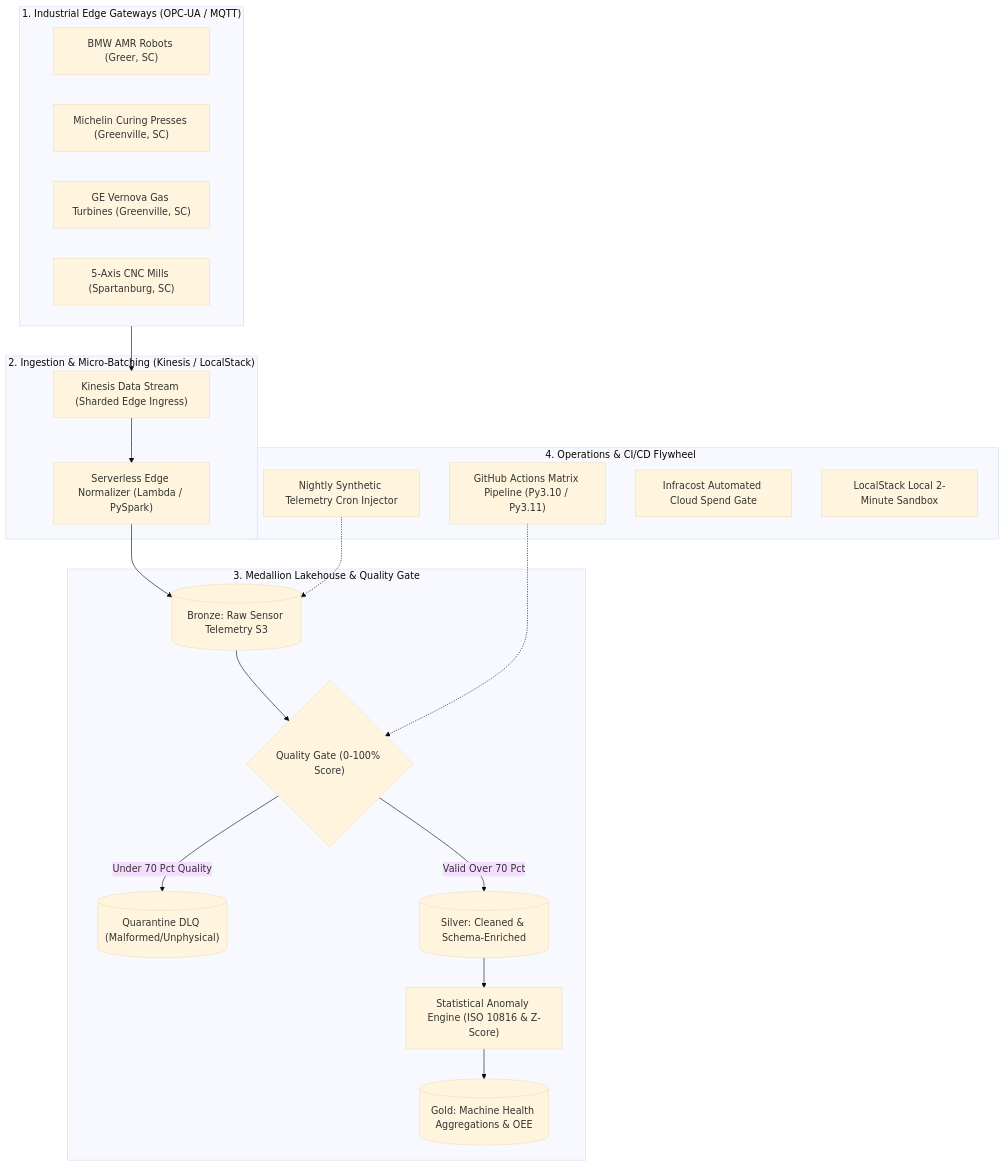
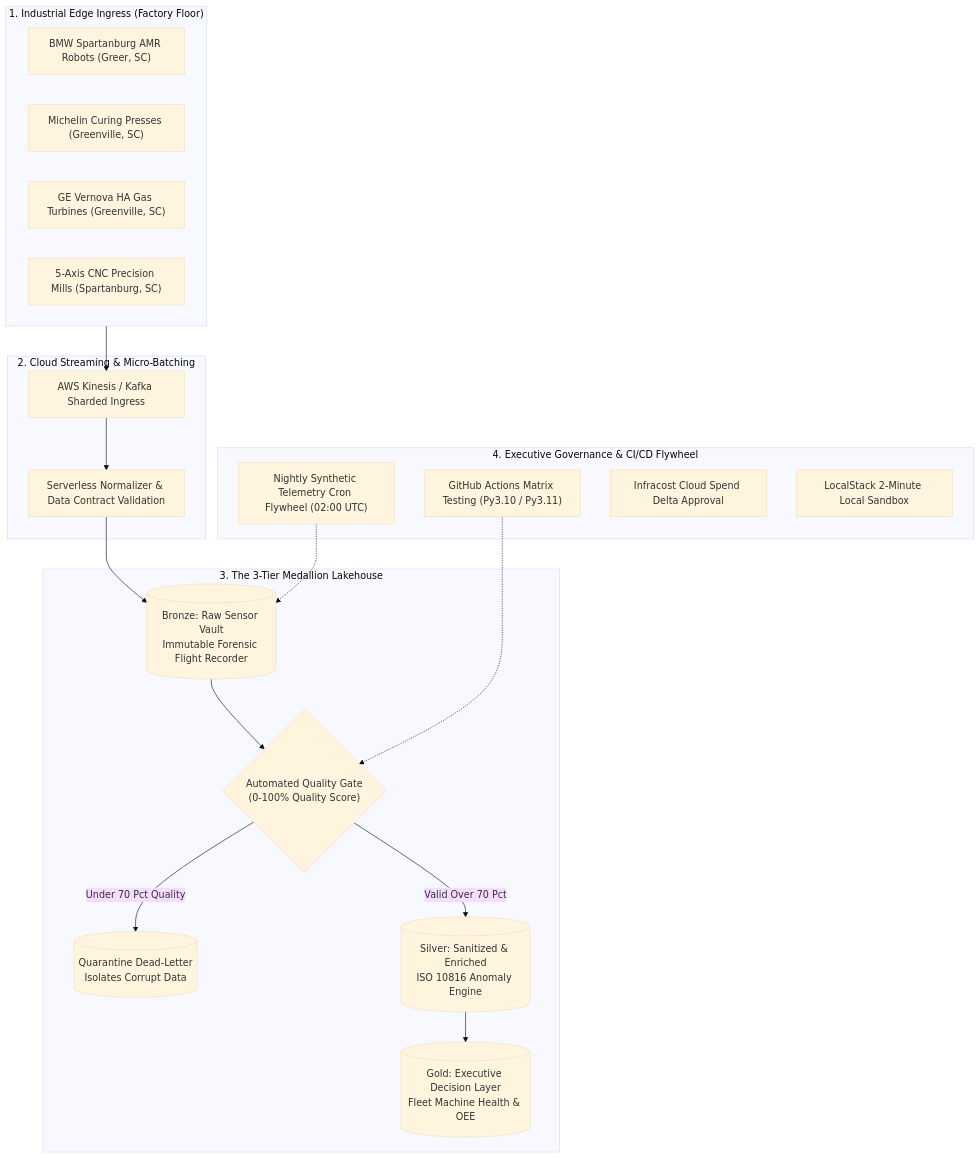
The diagram in README.md (FreeFades2Black/edge-telemetry-lakehouse), drawn with Mermaid (base theme) before and after one commit. The commit also changed other lines of this file, not shown here.

Commit message:
docs: comprehensive CEO briefing, financial ROI matrix, and plain English telemetry guide

````diff
--- a/README.md
+++ b/README.md
@@ -26,41 +81,39 @@
 ```mermaid
 flowchart TD
-    subgraph S1["1. Industrial Edge Gateways (OPC-UA / MQTT)"]
-        A1["BMW AMR Robots (Greer, SC)"]
+    subgraph S1["1. Industrial Edge Ingress (Factory Floor)"]
+        A1["BMW Spartanburg AMR Robots (Greer, SC)"]
         A2["Michelin Curing Presses (Greenville, SC)"]
-        A3["GE Vernova Gas Turbines (Greenville, SC)"]
-        A4["5-Axis CNC Mills (Spartanburg, SC)"]
+        A3["GE Vernova HA Gas Turbines (Greenville, SC)"]
+        A4["5-Axis CNC Precision Mills (Spartanburg, SC)"]
     end
 
-    subgraph S2["2. Ingestion & Micro-Batching (Kinesis / LocalStack)"]
-        B1["Kinesis Data Stream (Sharded Edge Ingress)"]
-        B2["Serverless Edge Normalizer (Lambda / PySpark)"]
+    subgraph S2["2. Cloud Streaming & Micro-Batching"]
+        B1["AWS Kinesis / Kafka Sharded Ingress"]
+        B2["Serverless Normalizer & Data Contract Validation"]
     end
 
-    subgraph S3["3. Medallion Lakehouse & Quality Gate"]
-        C1[("Bronze: Raw Sensor Telemetry S3")]
-        C2{"Quality Gate (0-100% Score)"}
-        C3[("Quarantine DLQ (Malformed/Unphysical)")]
-        C4[("Silver: Cleaned & Schema-Enriched")]
-        C5["Statistical Anomaly Engine (ISO 10816 & Z-Score)"]
-        C6[("Gold: Machine Health Aggregations & OEE")]
+    subgraph S3["3. The 3-Tier Medallion Lakehouse"]
+        C1[("Bronze: Raw Sensor Vault<br/>Immutable Forensic Flight Recorder")]
+        C2{"Automated Quality Gate<br/>(0-100% Quality Score)"}
+        C3[("Quarantine Dead-Letter<br/>Isolates Corrupt Data")]
+        C4[("Silver: Sanitized & Enriched<br/>ISO 10816 Anomaly Engine")]
+        C5[("Gold: Executive Decision Layer<br/>Fleet Machine Health & OEE")]
     end
 
-    subgraph S4["4. Operations & CI/CD Flywheel"]
-        D1["GitHub Actions Matrix Pipeline (Py3.10 / Py3.11)"]
-        D2["Nightly Synthetic Telemetry Cron Injector"]
-        D3["Infracost Automated Cloud Spend Gate"]
-        D4["LocalStack Local 2-Minute Sandbox"]
+    subgraph S4["4. Executive Governance & CI/CD Flywheel"]
+        D1["GitHub Actions Matrix Testing (Py3.10 / Py3.11)"]
+        D2["Nightly Synthetic Telemetry Cron Flywheel (02:00 UTC)"]
+        D3["Infracost Cloud Spend Delta Approval"]
+        D4["LocalStack 2-Minute Local Sandbox"]
     end
 
     S1 --> B1
     B1 --> B2
     B2 --> C1
     C1 --> C2
     C2 -->|Under 70 Pct Quality| C3
     C2 -->|Valid Over 70 Pct| C4
     C4 --> C5
-    C5 --> C6
     D1 -.-> C2
     D2 -.-> C1
 ```
````
